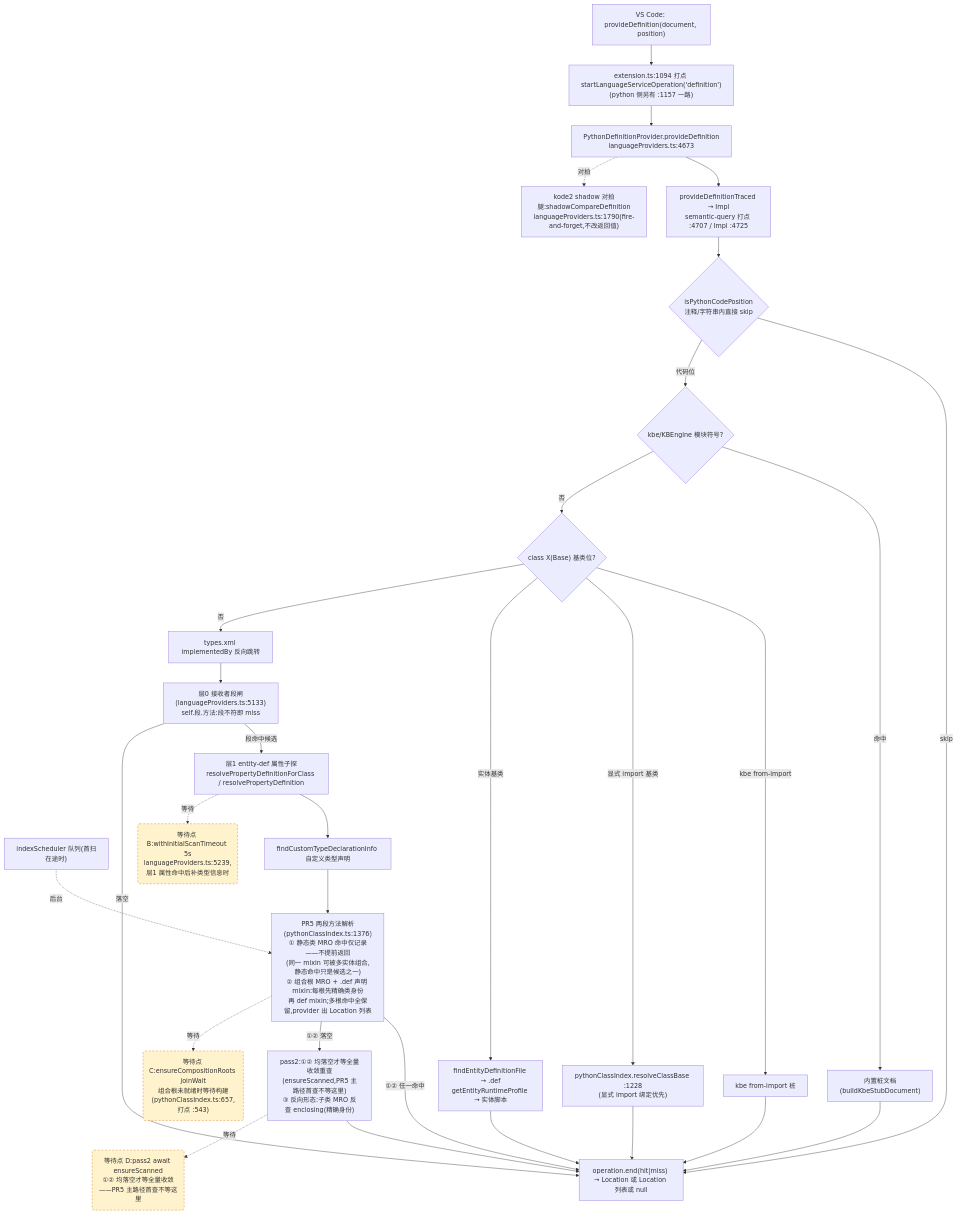
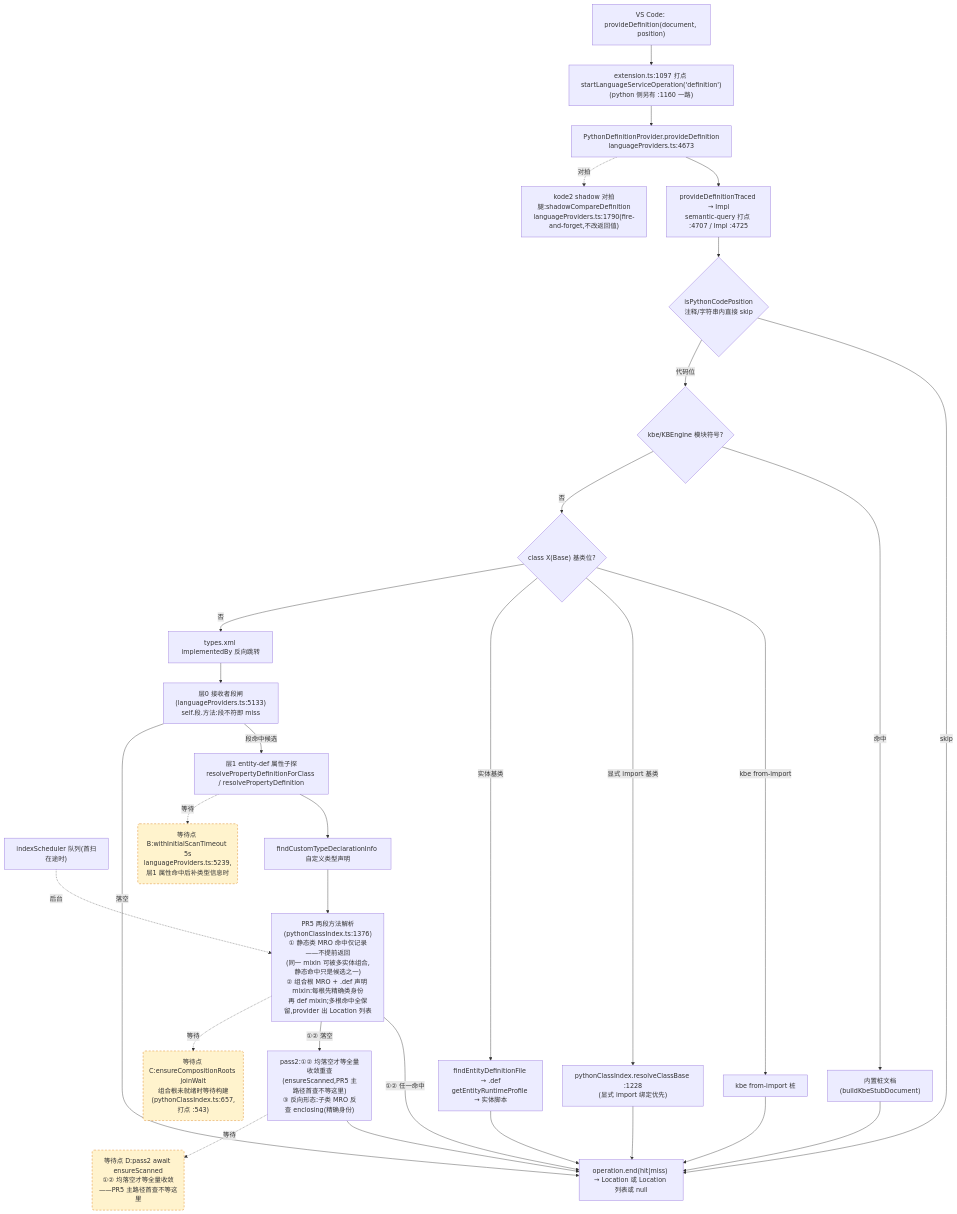
One commit to cuihairu/kode changed the second of 4 diagrams in docs/perf/2026-baseline.md. Above: the diagram before and after it, drawn with Mermaid. The commit also changed other lines of this file and 6 other files, not shown here.

````diff
--- a/docs/perf/2026-baseline.md
+++ b/docs/perf/2026-baseline.md
@@ -130,51 +130,51 @@
 ```mermaid
 flowchart TD
   VC2["VS Code: provideDefinition(document, position)"]
-  M2["extension.ts:1094 打点 startLanguageServiceOperation('definition')<br/>(python 侧另有 :1157 一路)"]
+  M2["extension.ts:1097 打点 startLanguageServiceOperation('definition')<br/>(python 侧另有 :1160 一路)"]
   AD2["PythonDefinitionProvider.provideDefinition<br/>languageProviders.ts:4673"]
   TR["provideDefinitionTraced → Impl<br/>semantic-query 打点 :4707 / Impl :4725"]
   CTX{"isPythonCodePosition<br/>注释/字符串内直接 skip"}
   KBE{"kbe/KBEngine 模块符号?"}
   STUB["内置桩文档(buildKbeStubDocument)"]
   CB{"class X(Base) 基类位?"}
   CB1["kbe from-import 桩"]
   CB2["pythonClassIndex.resolveClassBase :1228<br/>(显式 import 绑定优先)"]
   CB3["findEntityDefinitionFile → .def<br/>getEntityRuntimeProfile → 实体脚本"]
   REV["types.xml implementedBy 反向跳转"]
   L0["层0 接收者段闸(languageProviders.ts:5133)<br/>self.段.方法:段不符即 miss"]
   L1["层1 entity-def 属性子探<br/>resolvePropertyDefinitionForClass / resolvePropertyDefinition"]
   SCAN["indexScheduler 队列(首扫在途时)"]
   TY["findCustomTypeDeclarationInfo 自定义类型声明"]
   MRO["PR5 两段方法解析(pythonClassIndex.ts:1376)<br/>① 静态类 MRO 命中仅记录——不提前返回<br/>(同一 mixin 可被多实体组合,静态命中只是候选之一)<br/>② 组合根 MRO + .def 声明 mixin:每根先精确类身份<br/>再 def mixin;多根命中全保留,provider 出 Location 列表"]
   PASS2["pass2:①② 均落空才等全量收敛重查<br/>(ensureScanned,PR5 主路径首查不等这里)<br/>③ 反向形态:子类 MRO 反查 enclosing(精确身份)"]
   SHD["kode2 shadow 对拍腿:shadowCompareDefinition<br/>languageProviders.ts:1790(fire-and-forget,不改返回值)"]
   END2["operation.end(hit|miss) → Location 或 Location 列表或 null"]
 
   VC2 --> M2 --> AD2 --> TR --> CTX
   CTX -- "skip" --> END2
   CTX -- "代码位" --> KBE
   KBE -- "命中" --> STUB --> END2
   KBE -- "否" --> CB
   CB -- "kbe from-import" --> CB1 --> END2
   CB -- "显式 import 基类" --> CB2 --> END2
   CB -- "实体基类" --> CB3 --> END2
   CB -- "否" --> REV --> L0
   L0 -- "段命中候选" --> L1
   L0 -- "落空" --> END2
   L1 --> TY
   TY --> MRO
   MRO -- "①② 任一命中" --> END2
   MRO -- "①② 落空" --> PASS2 --> END2
   AD2 -.->|对拍| SHD
 
   WAITB("等待点 B:withInitialScanTimeout 5s<br/>languageProviders.ts:5239,层1 属性命中后补类型信息时")
   WAITC("等待点 C:ensureCompositionRoots joinWait<br/>组合根未就绪时等待构建(pythonClassIndex.ts:657,打点 :543)")
   WAITD("等待点 D:pass2 await ensureScanned<br/>①② 均落空才等全量收敛——PR5 主路径首查不等这里")
   L1 -.->|等待| WAITB
   MRO -.->|等待| WAITC
   PASS2 -.->|等待| WAITD
   SCAN -.->|后台| MRO
 
   classDef waitPoint fill:#fff3cd,stroke:#d97706,stroke-dasharray:5 4;
   class WAITB,WAITC,WAITD waitPoint;
 ```
````
